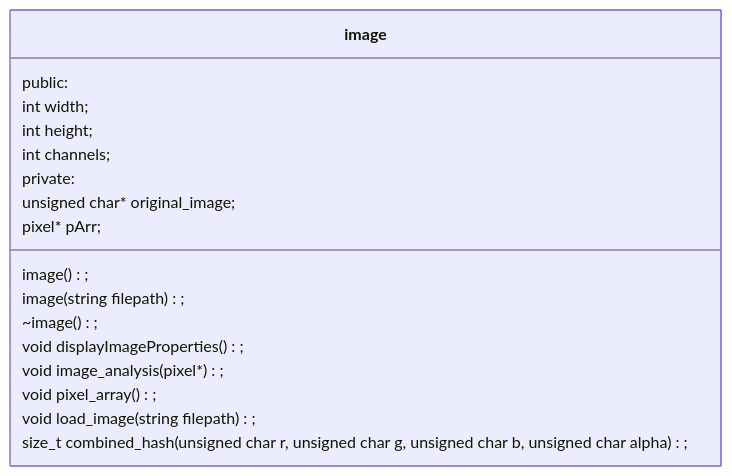
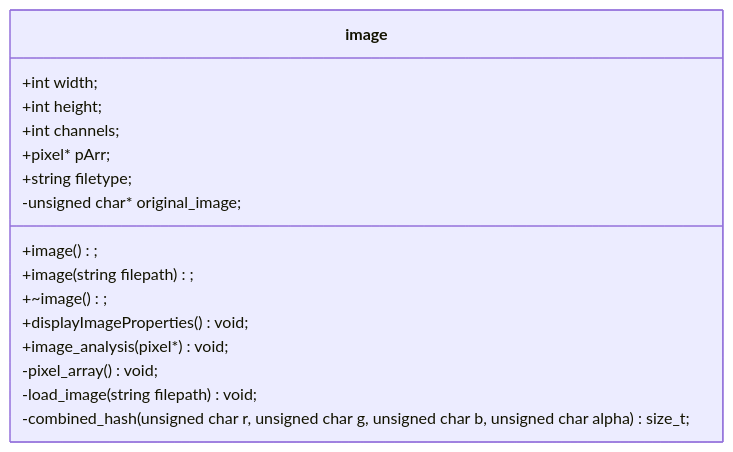
Before and after one commit to csci265-team/HiddenFrame: the third of 3 diagrams in documentation/design.md, drawn with Mermaid. The commit also changed other lines of this file and 6 other files, not shown here.

```diff
--- a/documentation/design.md
+++ b/documentation/design.md
@@ -138,20 +159,19 @@
 ~~~mermaid
 classDiagram
 class image{
-    public:
-    image();
-    image(string filepath);
-    ~image();
-    int width;
-    int height;
-    int channels;
-    void displayImageProperties();
-    void image_analysis(pixel*);
-    private:
-    void pixel_array();
-    void load_image(string filepath);
-    size_t combined_hash(unsigned char r, unsigned char g, unsigned char b, unsigned char alpha);
-    unsigned char* original_image;
-    pixel* pArr;
+    +image();
+    +image(string filepath);
+    +~image();
+    +int width;
+    +int height;
+    +int channels;
+    +pixel* pArr;
+    +string filetype;
+    +displayImageProperties() void;
+    +image_analysis(pixel*) void;
+    -pixel_array() void;
+    -load_image(string filepath) void;
+    -combined_hash(unsigned char r, unsigned char g, unsigned char b, unsigned char alpha) size_t;
+    -unsigned char* original_image;
 }
 ~~~
```
